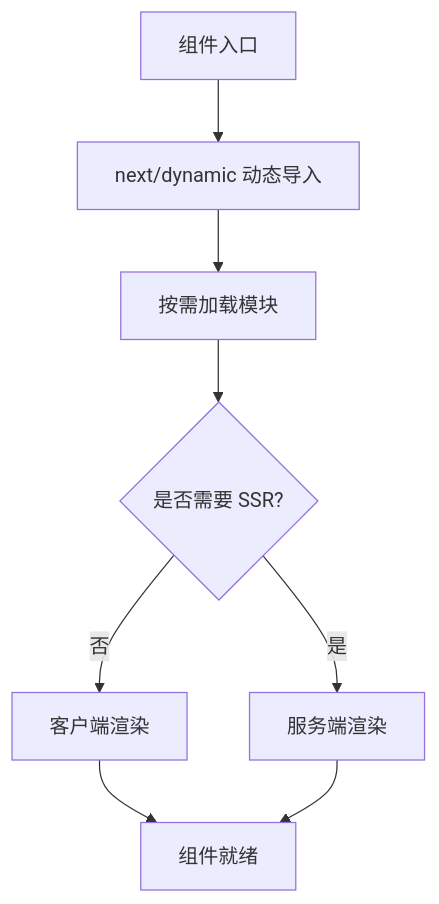
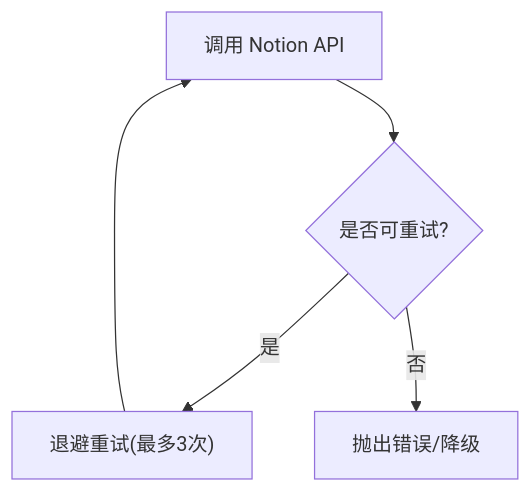
One commit to PhysicalMouse/nextjs-notion-starter-kit changed the eighth of 9 diagrams in .qoder/repowiki/zh/content/性能优化/性能优化.md. Above: the diagram before and after it, drawn with Mermaid. The commit also changed other lines of this file and 186 other files, not shown here.

````diff
--- a/.qoder/repowiki/zh/content/性能优化/性能优化.md
+++ b/.qoder/repowiki/zh/content/性能优化/性能优化.md
@@ -262,10 +277,7 @@
 ```mermaid
 flowchart TD
-Entry["组件入口"] --> DynamicImport["next/dynamic 动态导入"]
-DynamicImport --> LazyLoad["按需加载模块"]
-LazyLoad --> Hydration{"是否需要 SSR?"}
-Hydration --> |否| ClientOnly["客户端渲染"]
-Hydration --> |是| SSRRender["服务端渲染"]
-ClientOnly --> Ready["组件就绪"]
-SSRRender --> Ready
+Call["调用 Notion API"] --> Retry{"是否可重试?"}
+Retry --> |是| Backoff["退避重试(最多3次)"]
+Retry --> |否| Fail["抛出错误/降级"]
+Backoff --> Call
 ```
````
